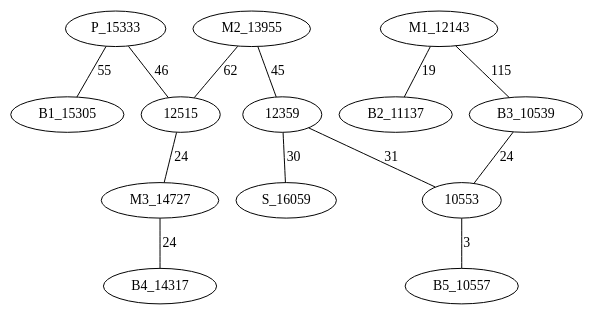
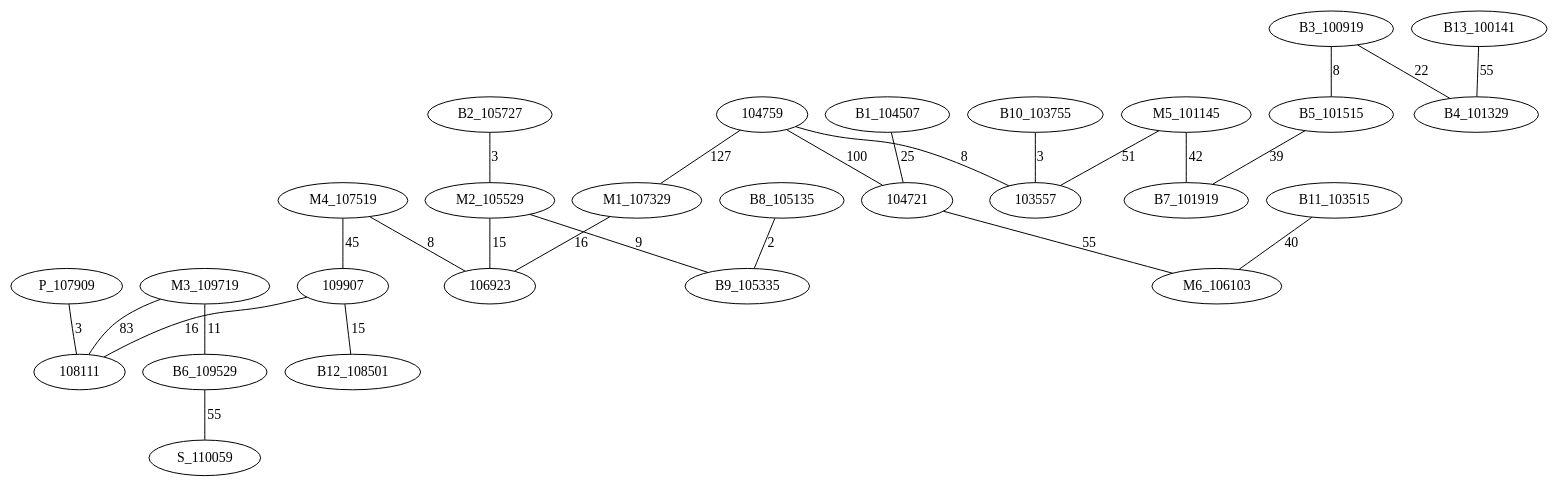
One commit to AsmNoob/Labyrinthe changed the diagram in Graph.dot. Above: the diagram before and after it, drawn with Graphviz. The commit also changed 5 other files, not shown here.

Commit message:
[GRAPH] petit erreur dans le cryptage, probleme résolu, ca fonctionne pour laby 7-8-9, plus le temps pour continuer ajd je continue lundi

```diff
--- a/Graph.dot
+++ b/Graph.dot
@@ -1,16 +1,30 @@
 graph chemin {
 
-	P_15333 -- 12515 [label=46]
-	P_15333 -- B1_15305 [label=55]
-	M1_12143 -- B2_11137 [label=19]
-	M1_12143 -- B3_10539 [label=115]
-	M2_13955 -- 12515 [label=62]
-	M2_13955 -- 12359 [label=45]
-	12515 -- M3_14727 [label=24]
-	12359 -- 10553 [label=31]
-	12359 -- S_16059 [label=30]
-	B3_10539 -- 10553 [label=24]
-	M3_14727 -- B4_14317 [label=24]
-	10553 -- B5_10557 [label=3]
+	P_107909 -- 108111 [label=3]
+	104759 -- 104721 [label=100]
+	104759 -- 103557 [label=8]
+	104759 -- M1_107329 [label=127]
+	B1_104507 -- 104721 [label=25]
+	B2_105727 -- M2_105529 [label=3]
+	B3_100919 -- B4_101329 [label=22]
+	B3_100919 -- B5_101515 [label=8]
+	M3_109719 -- 108111 [label=83]
+	M3_109719 -- B6_109529 [label=11]
+	M4_107519 -- 106923 [label=8]
+	M4_107519 -- 109907 [label=45]
+	M5_101145 -- B7_101919 [label=42]
+	M5_101145 -- 103557 [label=51]
+	B6_109529 -- S_110059 [label=55]
+	B8_105135 -- B9_105335 [label=2]
+	M1_107329 -- 106923 [label=16]
+	104721 -- M6_106103 [label=55]
+	B10_103755 -- 103557 [label=3]
+	B11_103515 -- M6_106103 [label=40]
+	B5_101515 -- B7_101919 [label=39]
+	109907 -- B12_108501 [label=15]
+	109907 -- 108111 [label=16]
+	B13_100141 -- B4_101329 [label=55]
+	M2_105529 -- 106923 [label=15]
+	M2_105529 -- B9_105335 [label=9]
 
 }
```
